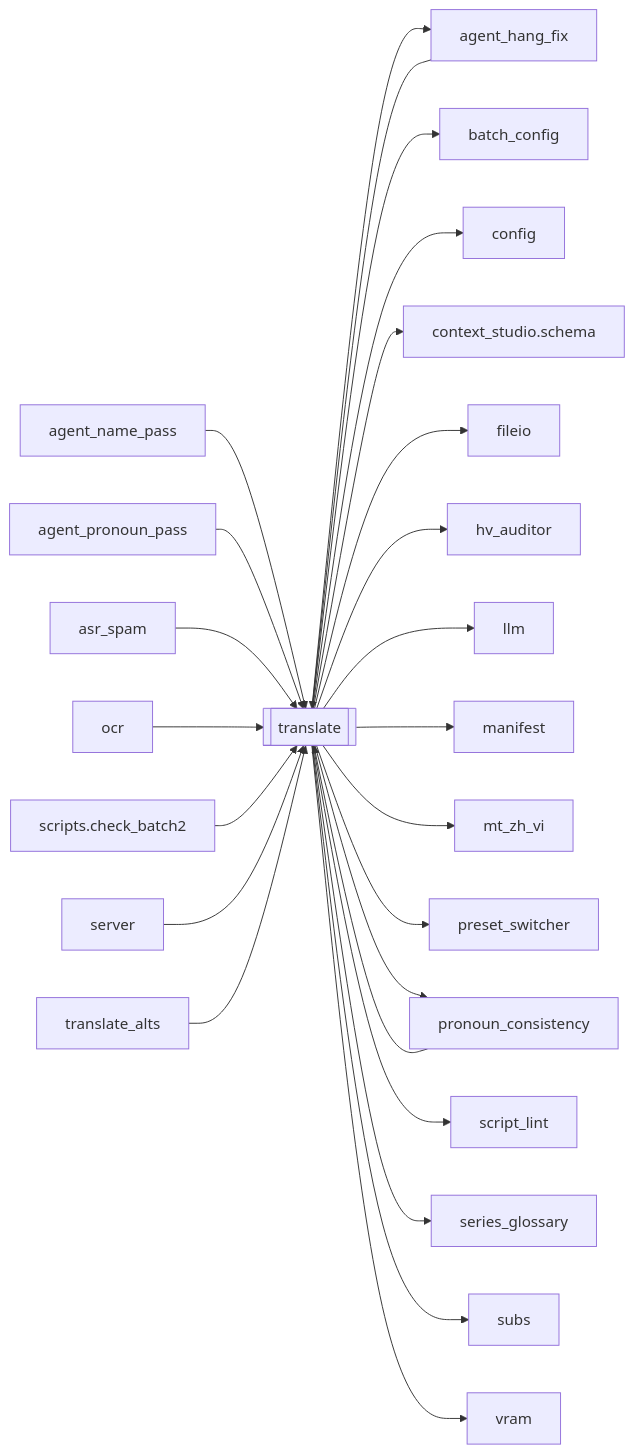
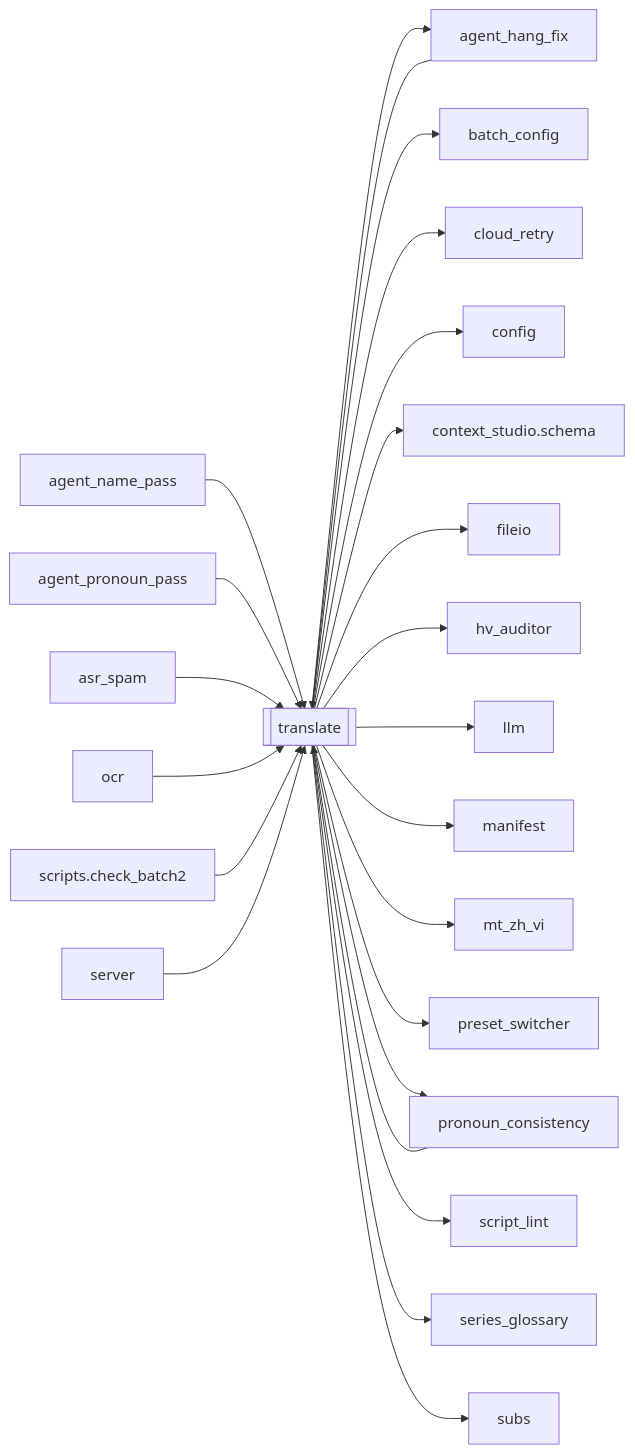
The diagram in docs/brain/modules/translate.md (kjza178/PineLineV4), drawn with Mermaid before and after one commit. The commit also changed other lines of this file and 200 other files, not shown here.

````diff
--- a/docs/brain/modules/translate.md
+++ b/docs/brain/modules/translate.md
@@ -17,28 +18,27 @@
 ```mermaid
 flowchart LR
   translate[[translate]]
   agent_hang_fix[agent_hang_fix] --> translate
   agent_name_pass[agent_name_pass] --> translate
   agent_pronoun_pass[agent_pronoun_pass] --> translate
   asr_spam[asr_spam] --> translate
   ocr[ocr] --> translate
   pronoun_consistency[pronoun_consistency] --> translate
   scripts_check_batch2[scripts.check_batch2] --> translate
   server[server] --> translate
-  translate_alts[translate_alts] --> translate
   translate --> agent_hang_fix[agent_hang_fix]
   translate --> batch_config[batch_config]
+  translate --> cloud_retry[cloud_retry]
   translate --> config[config]
   translate --> context_studio_schema[context_studio.schema]
   translate --> fileio[fileio]
   translate --> hv_auditor[hv_auditor]
   translate --> llm[llm]
   translate --> manifest[manifest]
   translate --> mt_zh_vi[mt_zh_vi]
   translate --> preset_switcher[preset_switcher]
   translate --> pronoun_consistency[pronoun_consistency]
   translate --> script_lint[script_lint]
   translate --> series_glossary[series_glossary]
   translate --> subs[subs]
-  translate --> vram[vram]
 ```
````
